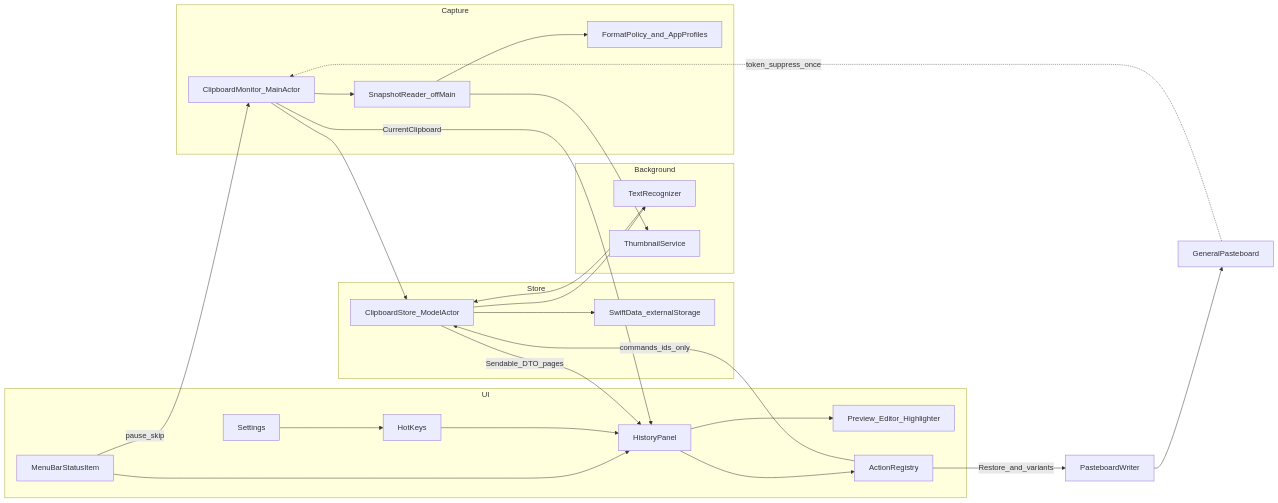
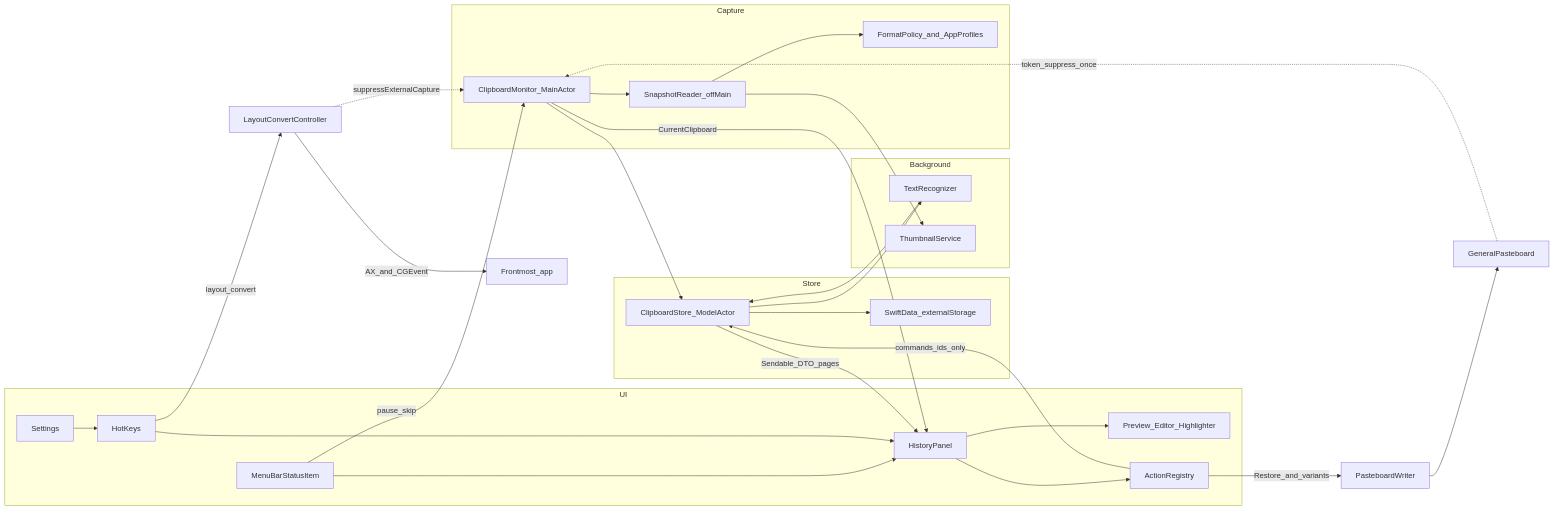
The second of 2 diagrams in docs/PLAN.md (dan-leech/memopila), drawn with Mermaid before and after one commit. The commit also changed other lines of this file and 19 other files, not shown here.

First line of the commit message:
Make ⌥⌘B layout convert work without a selection and across apps.

````diff
--- a/docs/PLAN.md
+++ b/docs/PLAN.md
@@ -819,45 +885,48 @@
 ```mermaid
 flowchart LR
   subgraph capture [Capture]
     PB[ClipboardMonitor_MainActor]
     Reader[SnapshotReader_offMain]
     Policy[FormatPolicy_and_AppProfiles]
   end
   subgraph store [Store]
     CS[ClipboardStore_ModelActor]
     SD[SwiftData_externalStorage]
   end
   subgraph background [Background]
     OCR[TextRecognizer]
     Thumbs[ThumbnailService]
   end
   subgraph ui [UI]
     Panel[HistoryPanel]
     Preview[Preview_Editor_Highlighter]
     Actions[ActionRegistry]
     Settings[Settings]
     MB[MenuBarStatusItem]
     HK[HotKeys]
   end
   Writer[PasteboardWriter]
   GP[GeneralPasteboard]
   PB --> Reader
   Reader --> Policy
   Reader --> Thumbs
   PB --> CS
   CS --> SD
   CS --> OCR
   OCR --> CS
   CS -->|Sendable_DTO_pages| Panel
   Panel --> Actions
   Actions -->|commands_ids_only| CS
   Panel --> Preview
   Actions -->|Restore_and_variants| Writer
   Writer --> GP
   GP -.->|token_suppress_once| PB
   PB -->|CurrentClipboard| Panel
   MB --> Panel
   MB -->|pause_skip| PB
   HK --> Panel
   Settings --> HK
+  HK -->|layout_convert| LC[LayoutConvertController]
+  LC -->|AX_and_CGEvent| FrontApp[Frontmost_app]
+  LC -.->|suppressExternalCapture| PB
 ```
````
